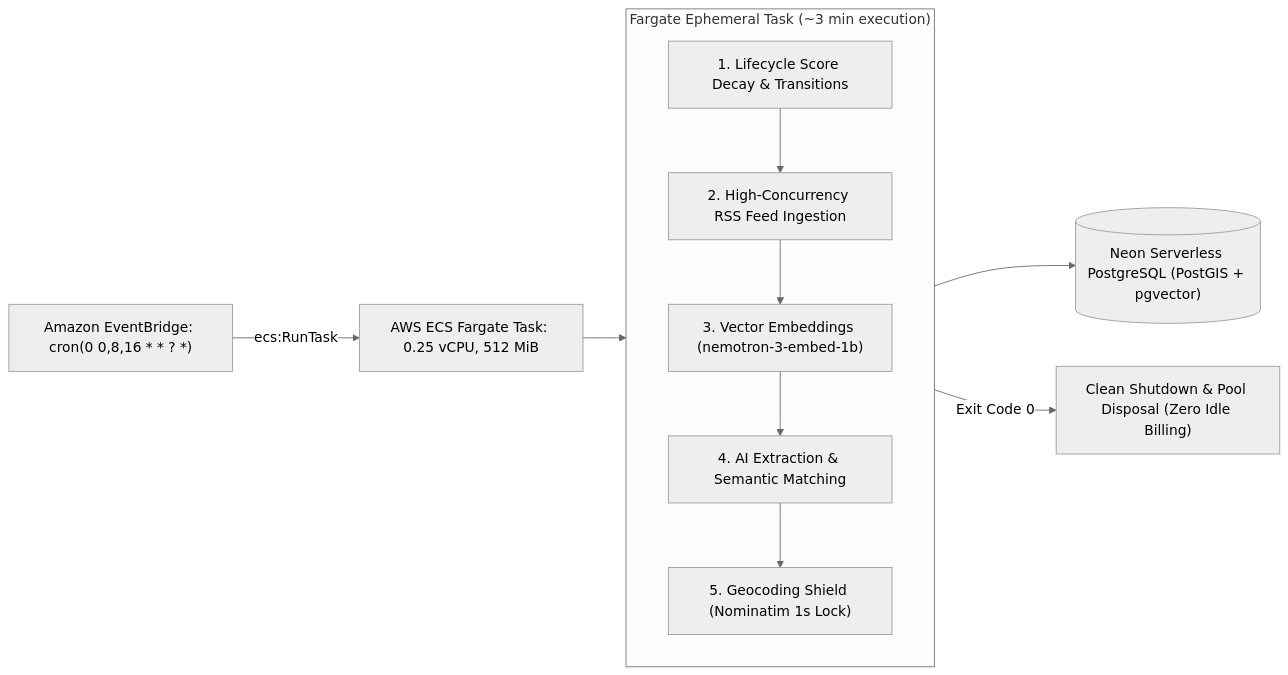
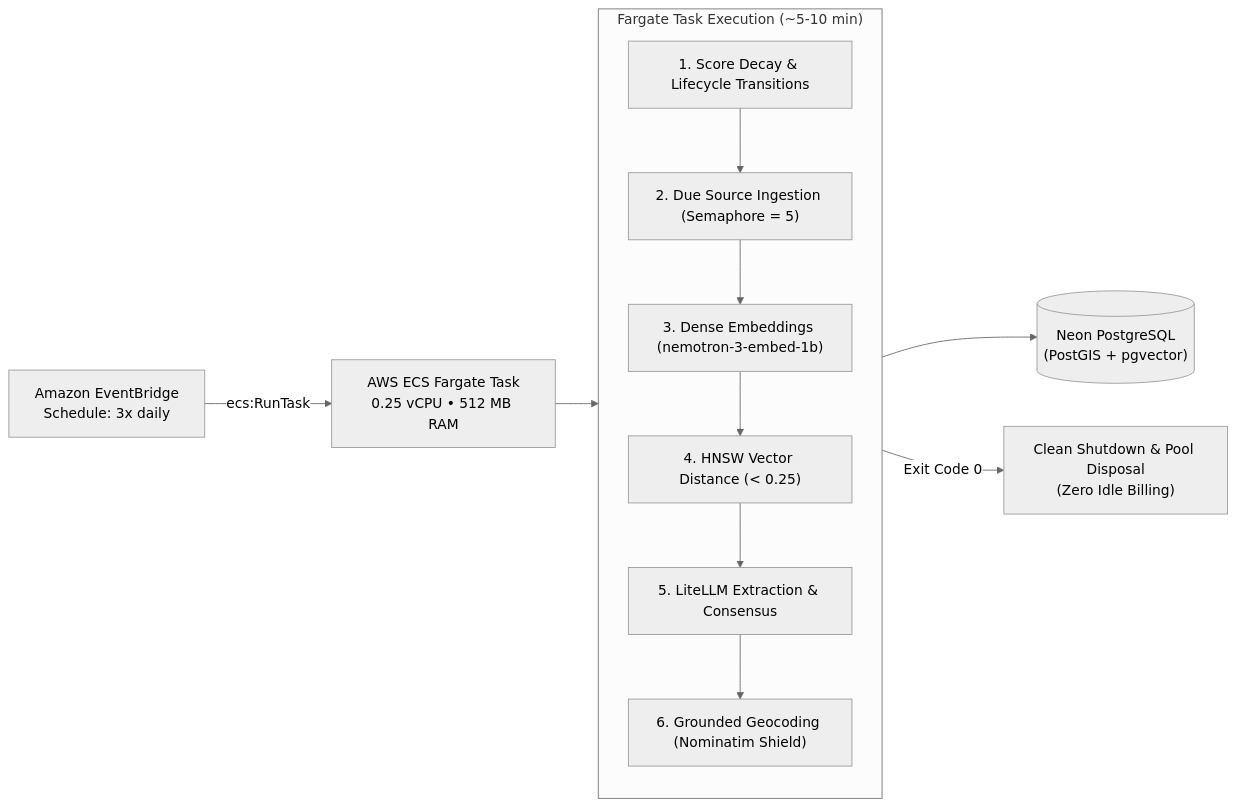
The diagram in apps/hermes-worker/README.md (paavann/hermes), drawn with Mermaid (neutral theme) before and after one commit. The commit also changed other lines of this file and 3 other files, not shown here.

````diff
--- a/apps/hermes-worker/README.md
+++ b/apps/hermes-worker/README.md
@@ -13,16 +19,17 @@
 ```mermaid
 flowchart LR
-    Schedule["Amazon EventBridge: cron(0 0,8,16 * * ? *)"] -->|"ecs:RunTask"| Fargate["AWS ECS Fargate Task: 0.25 vCPU, 512 MiB"]
+    EventBridge["Amazon EventBridge\nSchedule: 3x daily"] -->|"ecs:RunTask"| Fargate["AWS ECS Fargate Task\n0.25 vCPU • 512 MB RAM"]
     
-    subgraph FargateExecution["Fargate Ephemeral Task (~3 min execution)"]
+    subgraph Execution ["Fargate Task Execution (~5-10 min)"]
         direction TB
-        Decay["1. Lifecycle Score Decay & Transitions"] --> Fetch["2. High-Concurrency RSS Feed Ingestion"]
-        Fetch --> Embed["3. Vector Embeddings (nemotron-3-embed-1b)"]
-        Embed --> LLM["4. AI Extraction & Semantic Matching"]
-        LLM --> Geo["5. Geocoding Shield (Nominatim 1s Lock)"]
+        Decay["1. Score Decay & Lifecycle Transitions"] --> Sync["2. Due Source Ingestion (Semaphore = 5)"]
+        Sync --> Embed["3. Dense Embeddings (nemotron-3-embed-1b)"]
+        Embed --> Cosine["4. HNSW Vector Distance (< 0.25)"]
+        Cosine --> LLM["5. LiteLLM Extraction & Consensus"]
+        LLM --> Geo["6. Grounded Geocoding (Nominatim Shield)"]
     end
 
-    Fargate --> FargateExecution
-    FargateExecution --> ExternalDB[("Neon Serverless PostgreSQL (PostGIS + pgvector)")]
-    FargateExecution -->|"Exit Code 0"| Teardown["Clean Shutdown & Pool Disposal (Zero Idle Billing)"]
+    Fargate --> Execution
+    Execution --> NeonDB[("Neon PostgreSQL\n(PostGIS + pgvector)")]
+    Execution -->|"Exit Code 0"| Teardown["Clean Shutdown & Pool Disposal\n(Zero Idle Billing)"]
 ```
````
